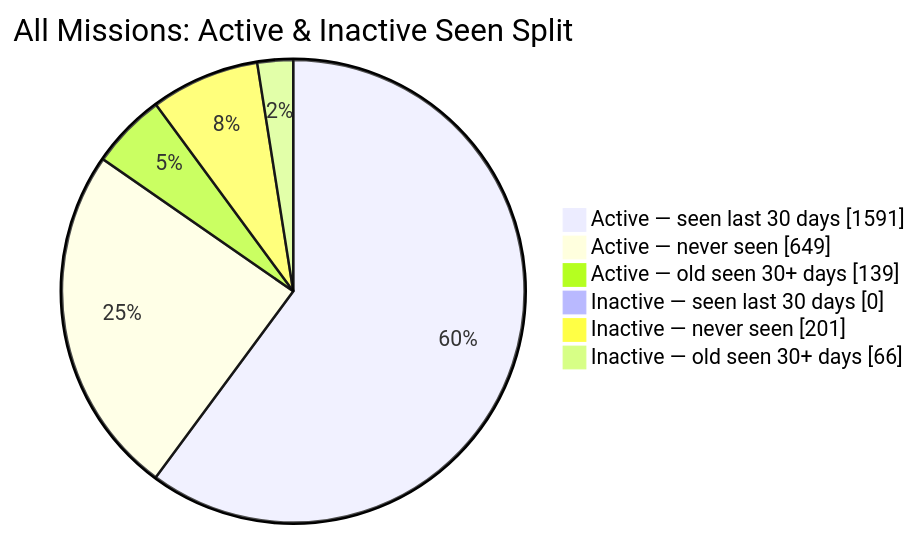
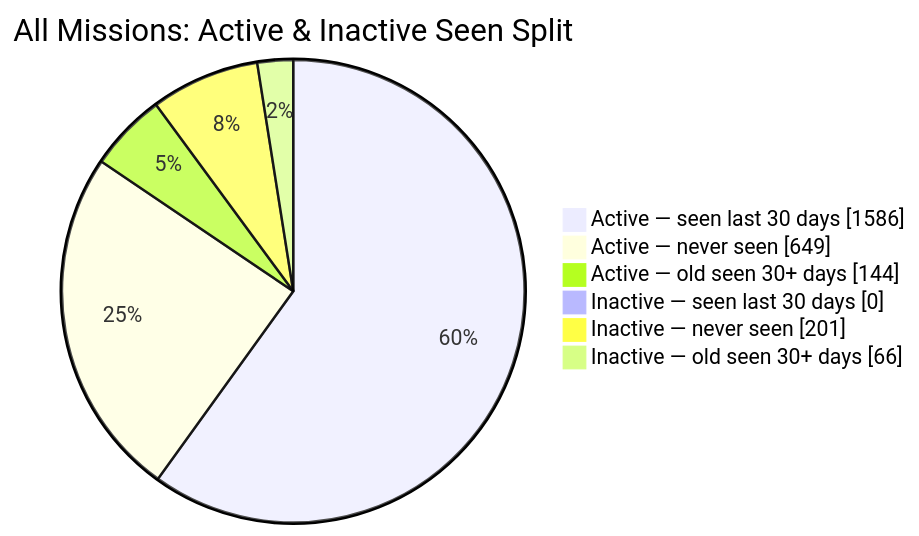
The second of 2 diagrams in README.md (MeldkamerspelGameTeam/active-missions), drawn with Mermaid before and after one commit. The commit also changed other lines of this file and 3 other files, not shown here.

````diff
--- a/README.md
+++ b/README.md
@@ -44,10 +44,10 @@
 ```mermaid
 pie showData
     title All Missions: Active & Inactive Seen Split
-    "Active — seen last 30 days" : 1591
+    "Active — seen last 30 days" : 1586
     "Active — never seen" : 649
-    "Active — old seen 30+ days" : 139
+    "Active — old seen 30+ days" : 144
     "Inactive — seen last 30 days" : 0
     "Inactive — never seen" : 201
     "Inactive — old seen 30+ days" : 66
 ```
````
